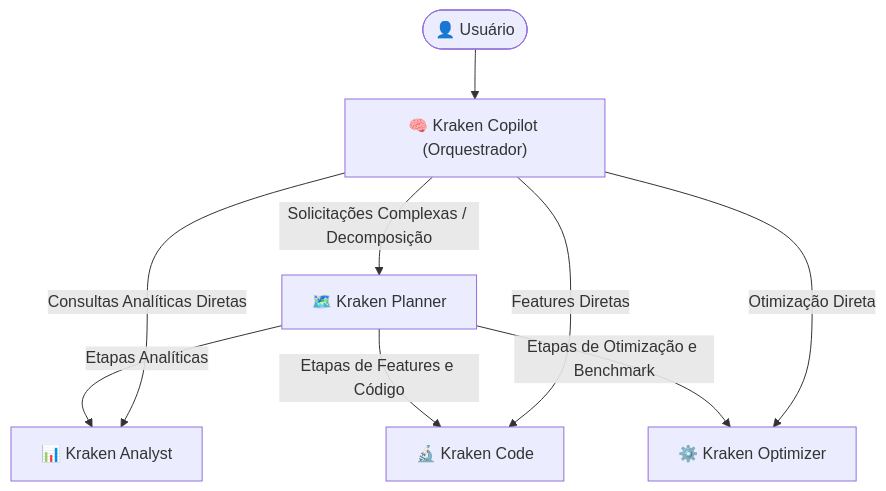
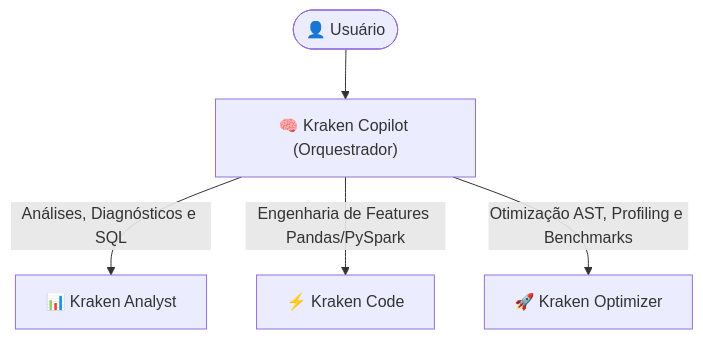
One commit to mathsantoss/agent_optimizer changed the diagram in README.md. Above: the diagram before and after it, drawn with Mermaid. The commit also changed other lines of this file and 10 other files, not shown here.

````diff
--- a/README.md
+++ b/README.md
@@ -13,11 +13,7 @@
 ```mermaid
 flowchart TB
     U(["👤 Usuário"]) --> O["🧠 Kraken Copilot (Orquestrador)"]
-    O -->|Solicitações Complexas / Decomposição| P["🗺️ Kraken Planner"]
-    P -->|Etapas Analíticas| A["📊 Kraken Analyst"]
-    P -->|Etapas de Features e Código| F["🔬 Kraken Code"]
-    P -->|Etapas de Otimização e Benchmark| C["⚙️ Kraken Optimizer"]
-    O -->|Consultas Analíticas Diretas| A
-    O -->|Features Diretas| F
-    O -->|Otimização Direta| C
+    O -->|Análises, Diagnósticos e SQL| A["📊 Kraken Analyst"]
+    O -->|Engenharia de Features Pandas/PySpark| F["⚡ Kraken Code"]
+    O -->|Otimização AST, Profiling e Benchmarks| C["🚀 Kraken Optimizer"]
 ```
````
